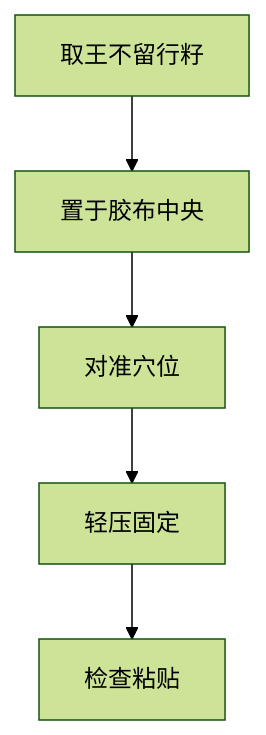
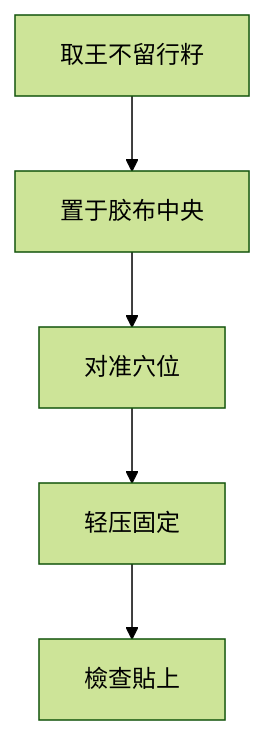
One commit to kmjade/knowledge-value changed the second of 4 diagrams in 3 Resources/01-Tech/🏥 专业知识/耳穴知识库/03-臨床應用/王不留行籽贴压技术.md. Above: the diagram before and after it, drawn with Mermaid (forest theme). The commit also changed other lines of this file and 653 other files, not shown here.

````diff
--- a/3 Resources/01-Tech/🏥 专业知识/耳穴知识库/03-臨床應用/王不留行籽贴压技术.md
+++ b/3 Resources/01-Tech/🏥 专业知识/耳穴知识库/03-臨床應用/王不留行籽贴压技术.md
@@ -81,7 +81,7 @@
 ```mermaid
 flowchart TD
     A[取王不留行籽] --> B[置于胶布中央]
     B --> C[对准穴位]
     C --> D[轻压固定]
-    D --> E[检查粘贴]
+    D --> E[檢查貼上]
 ```
````
